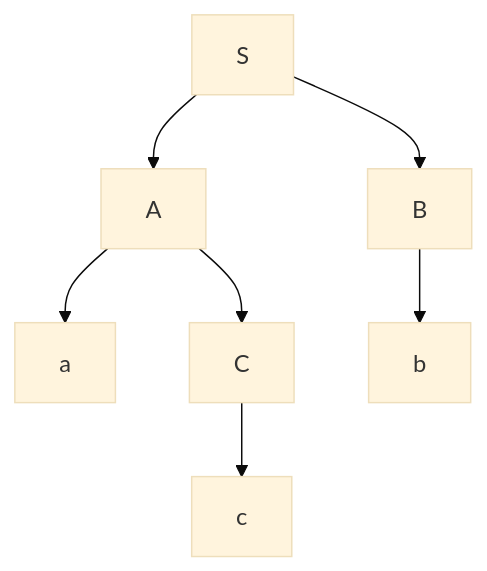
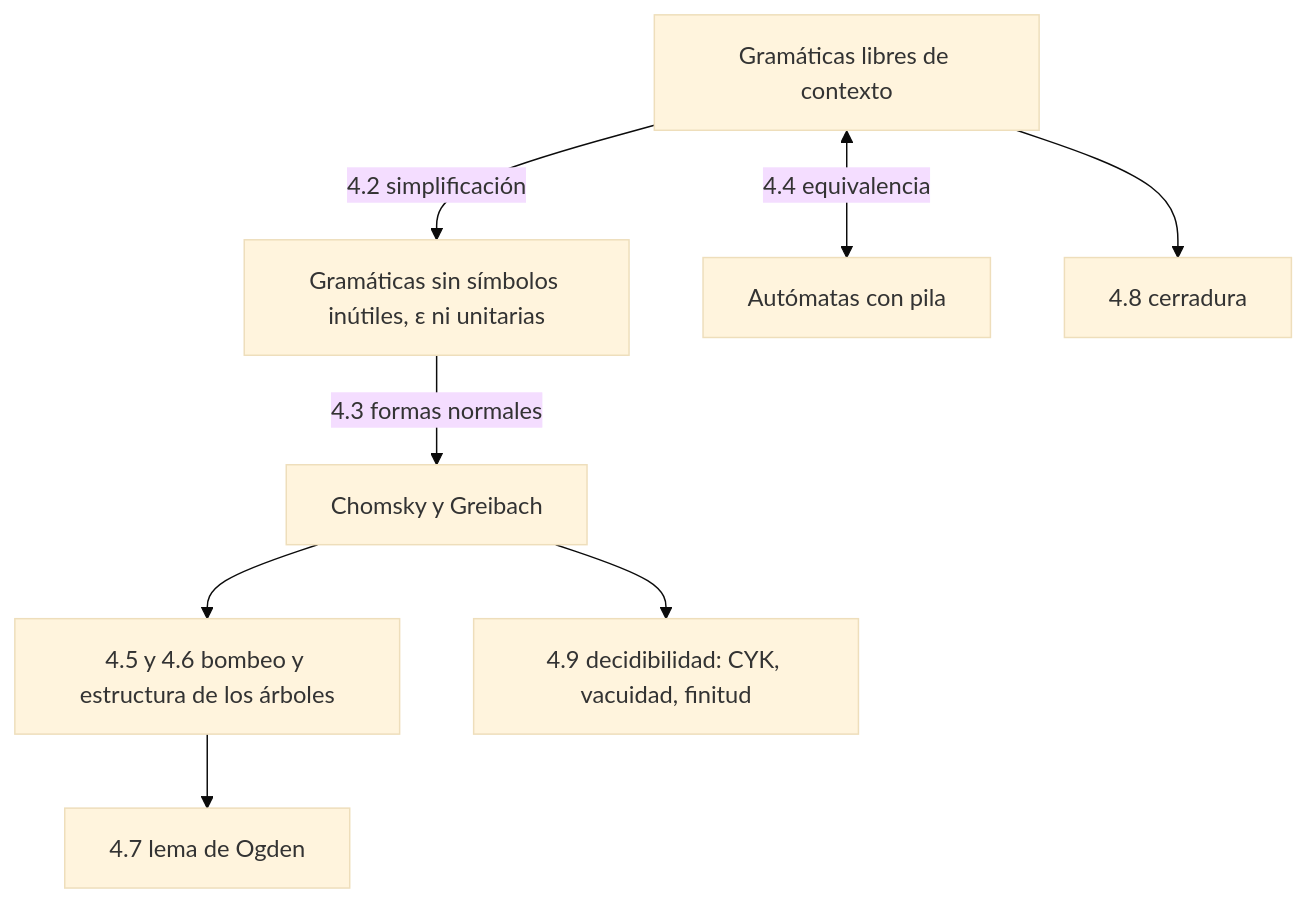
The diagram in public/documents/semester-4/1/4141.md (djaimej/computer-science-template), drawn with Mermaid (base theme) before and after one commit. The commit also changed other lines of this file and 8 other files, not shown here.

````diff
--- a/public/documents/semester-4/1/4141.md
+++ b/public/documents/semester-4/1/4141.md
@@ -34,9 +25,10 @@
 ```mermaid
-flowchart TD
-    S[S] --> A[A]
-    S --> B[B]
-    A --> a[a]
-    A --> C[C]
-    C --> c[c]
-    B --> b[b]
+graph TD
+    G[Gramáticas libres de contexto] -->|4.2 simplificación| S[Gramáticas sin símbolos inútiles, ε ni unitarias]
+    S -->|4.3 formas normales| N[Chomsky y Greibach]
+    G <-->|4.4 equivalencia| P[Autómatas con pila]
+    N --> B[4.5 y 4.6 bombeo y estructura de los árboles]
+    B --> O[4.7 lema de Ogden]
+    G --> C[4.8 cerradura]
+    N --> D[4.9 decidibilidad: CYK, vacuidad, finitud]
 ```
````
